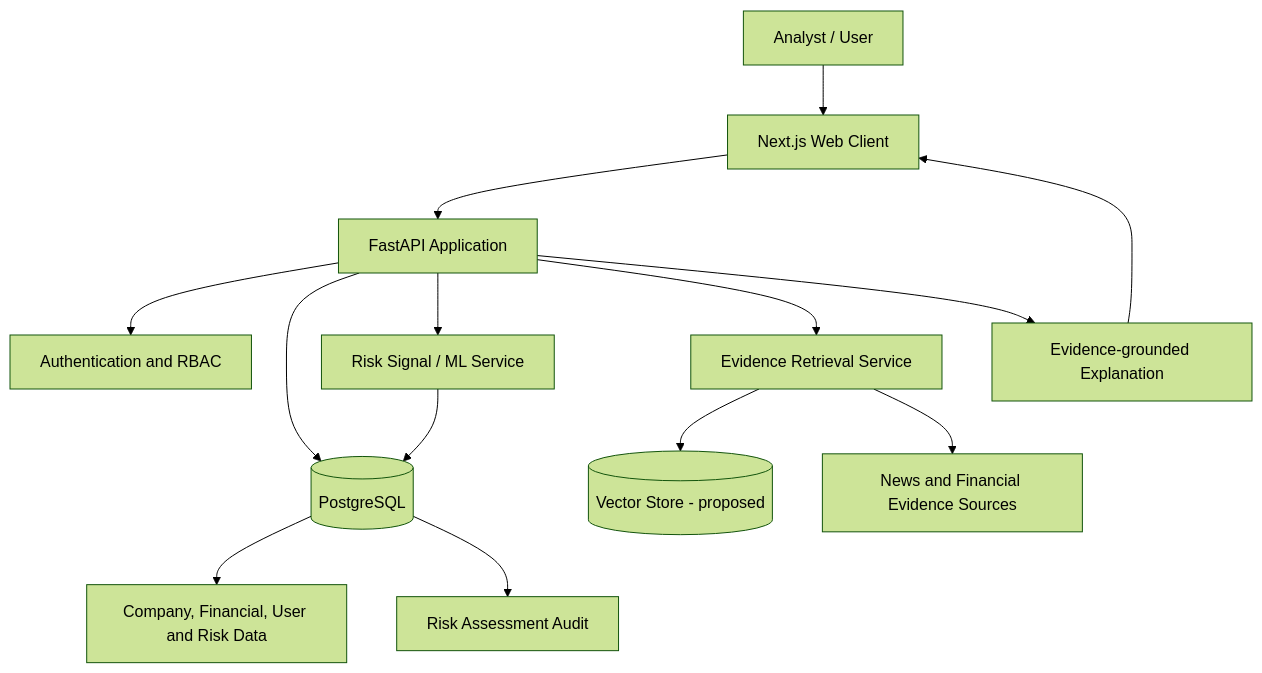
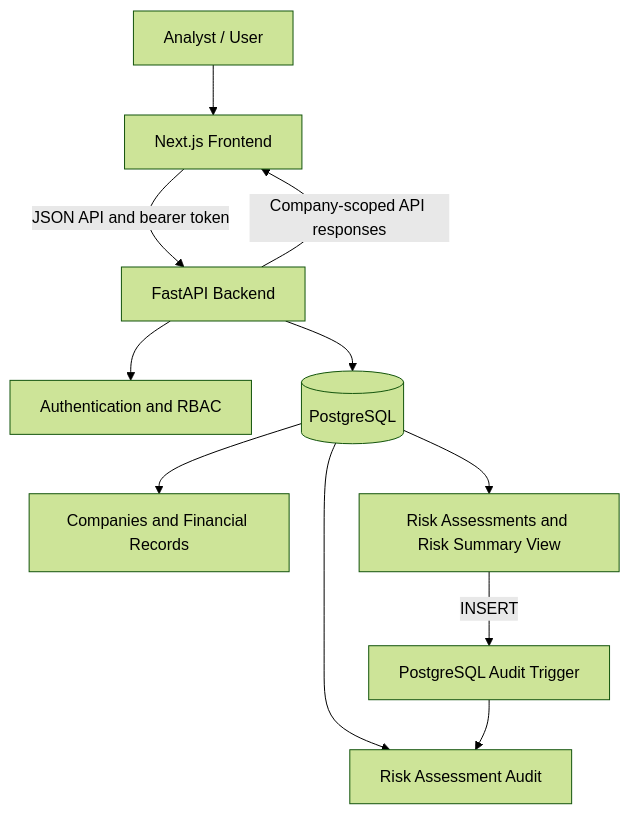
Before and after one commit to akashsb2005/aegis-financial-risk-intelligence: the diagram in docs/database/SYSTEM_ARCHITECTURE.md, drawn with Mermaid (forest theme). The commit also changed other lines of this file and 9 other files, not shown here.

Commit message:
feat(api): add risk assessment audit history

````diff
--- a/docs/database/SYSTEM_ARCHITECTURE.md
+++ b/docs/database/SYSTEM_ARCHITECTURE.md
@@ -34,16 +7,13 @@
 ```mermaid
 flowchart TD
-    U[Analyst / User] --> UI[Next.js Web Client]
-    UI --> API[FastAPI Application]
+    U[Analyst / User] --> UI[Next.js Frontend]
+    UI -->|JSON API and bearer token| API[FastAPI Backend]
     API --> AUTH[Authentication and RBAC]
     API --> DB[(PostgreSQL)]
-    DB --> CORE[Company, Financial, User and Risk Data]
+    DB --> CORE[Companies and Financial Records]
+    DB --> RISK[Risk Assessments and Risk Summary View]
     DB --> AUDIT[Risk Assessment Audit]
-    API --> ML[Risk Signal / ML Service]
-    API --> RET[Evidence Retrieval Service]
-    RET --> VDB[(Vector Store - proposed)]
-    RET --> SRC[News and Financial Evidence Sources]
-    ML --> DB
-    API --> EXPL[Evidence-grounded Explanation]
-    EXPL --> UI
+    RISK -->|INSERT| TRIGGER[PostgreSQL Audit Trigger]
+    TRIGGER --> AUDIT
+    API -->|Company-scoped API responses| UI
 ```
````
